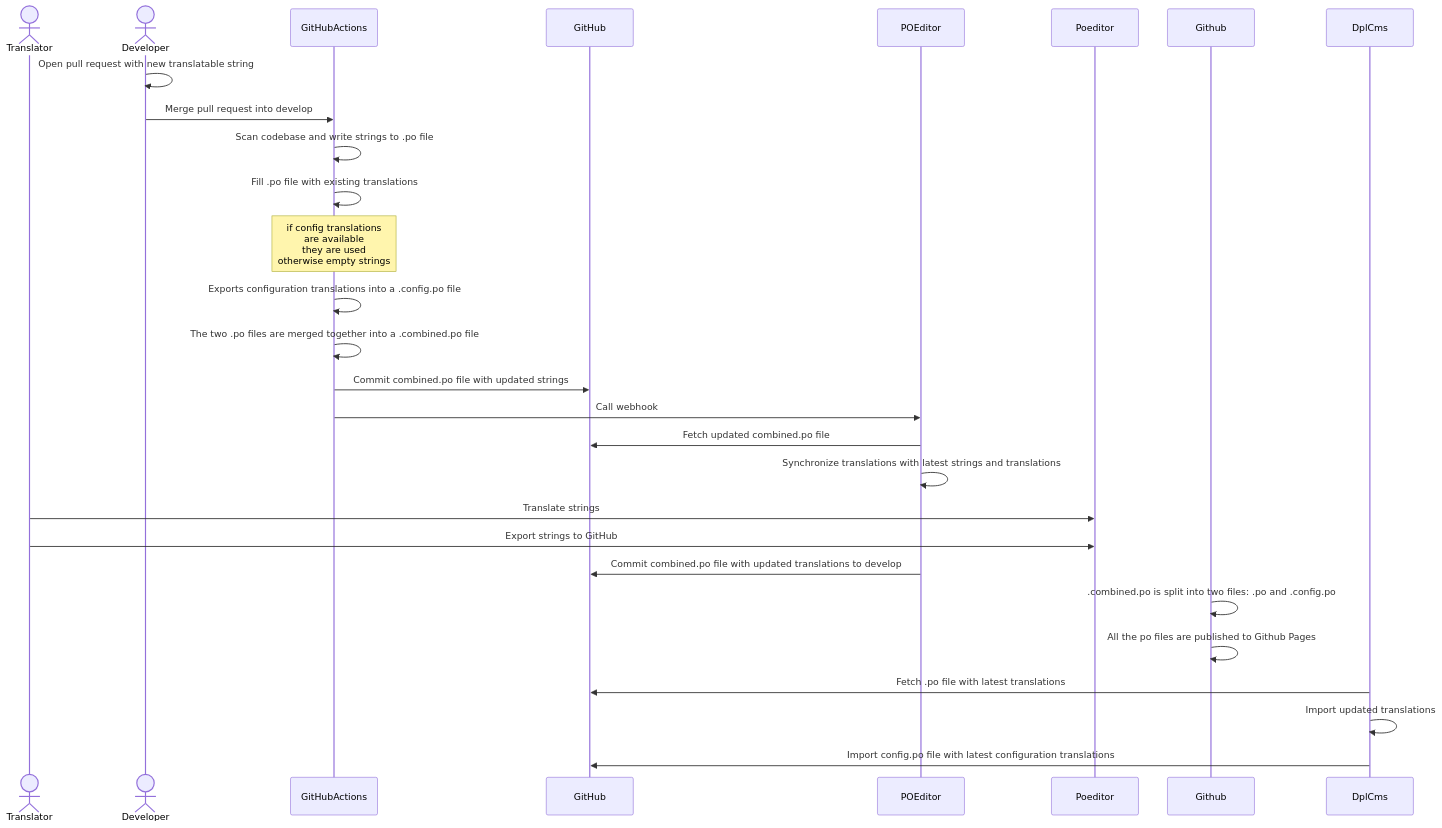
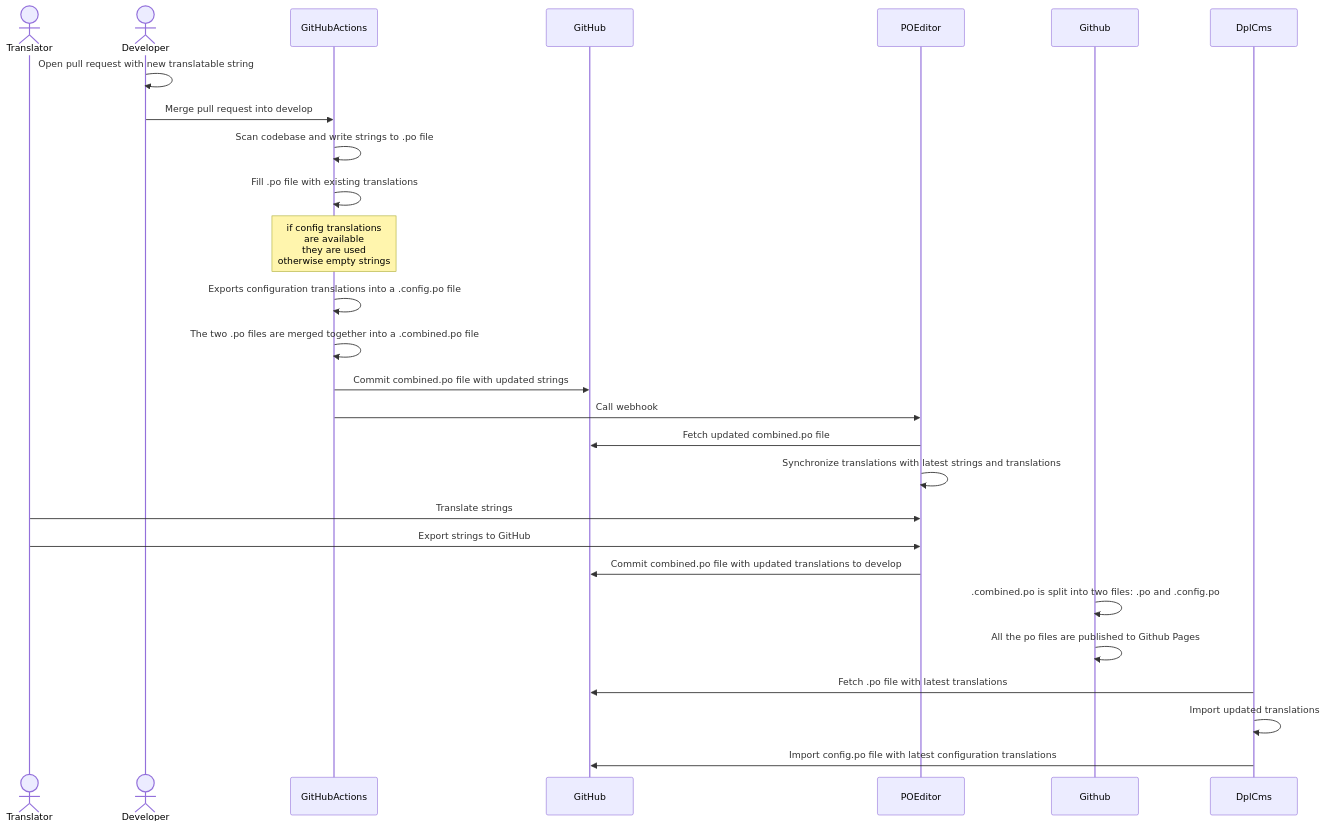
Before and after one commit to danskernesdigitalebibliotek/dpl-web: the diagram in cms/docs/translation.md, drawn with Mermaid. The commit also changed 1 other file, not shown here.

Commit message:
Use same naming for POEditor in all documentation

````diff
--- a/cms/docs/translation.md
+++ b/cms/docs/translation.md
@@ -43,24 +43,24 @@
 ```mermaid
 sequenceDiagram
   Actor Translator
   Actor Developer
   Developer ->> Developer: Open pull request with new translatable string
   Developer ->> GitHubActions: Merge pull request into develop
   GitHubActions ->> GitHubActions: Scan codebase and write strings to .po file
   GitHubActions ->> GitHubActions: Fill .po file with existing translations
   Note over GitHubActions,GitHubActions: if config translations<br/>are available<br/>they are used<br/>otherwise empty strings
   GitHubActions ->> GitHubActions: Exports configuration translations into a .config.po file
   GitHubActions ->> GitHubActions: The two .po files are merged together into a .combined.po file
   GitHubActions ->> GitHub: Commit combined.po file with updated strings
   GitHubActions ->> POEditor: Call webhook
   POEditor ->> GitHub: Fetch updated combined.po file
   POEditor ->> POEditor: Synchronize translations with latest strings and translations
-  Translator ->> Poeditor: Translate strings
-  Translator ->> Poeditor: Export strings to GitHub
+  Translator ->> POEditor: Translate strings
+  Translator ->> POEditor: Export strings to GitHub
   POEditor ->> GitHub: Commit combined.po file with updated translations to develop
   Github ->> Github: .combined.po is split into two files: .po and .config.po
   Github ->> Github: All the po files are published to Github Pages
   DplCms ->> GitHub: Fetch .po file with latest translations
   DplCms ->> DplCms: Import updated translations
   DplCms ->> GitHub: Import config.po file with latest configuration translations
 ```
````
